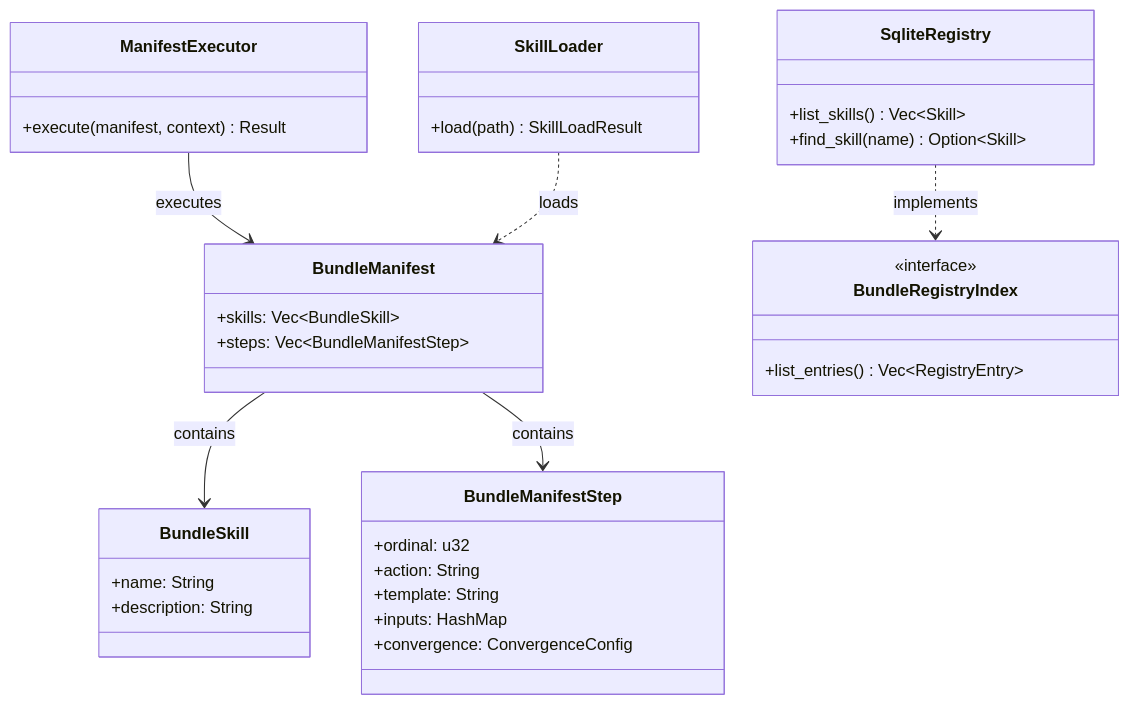
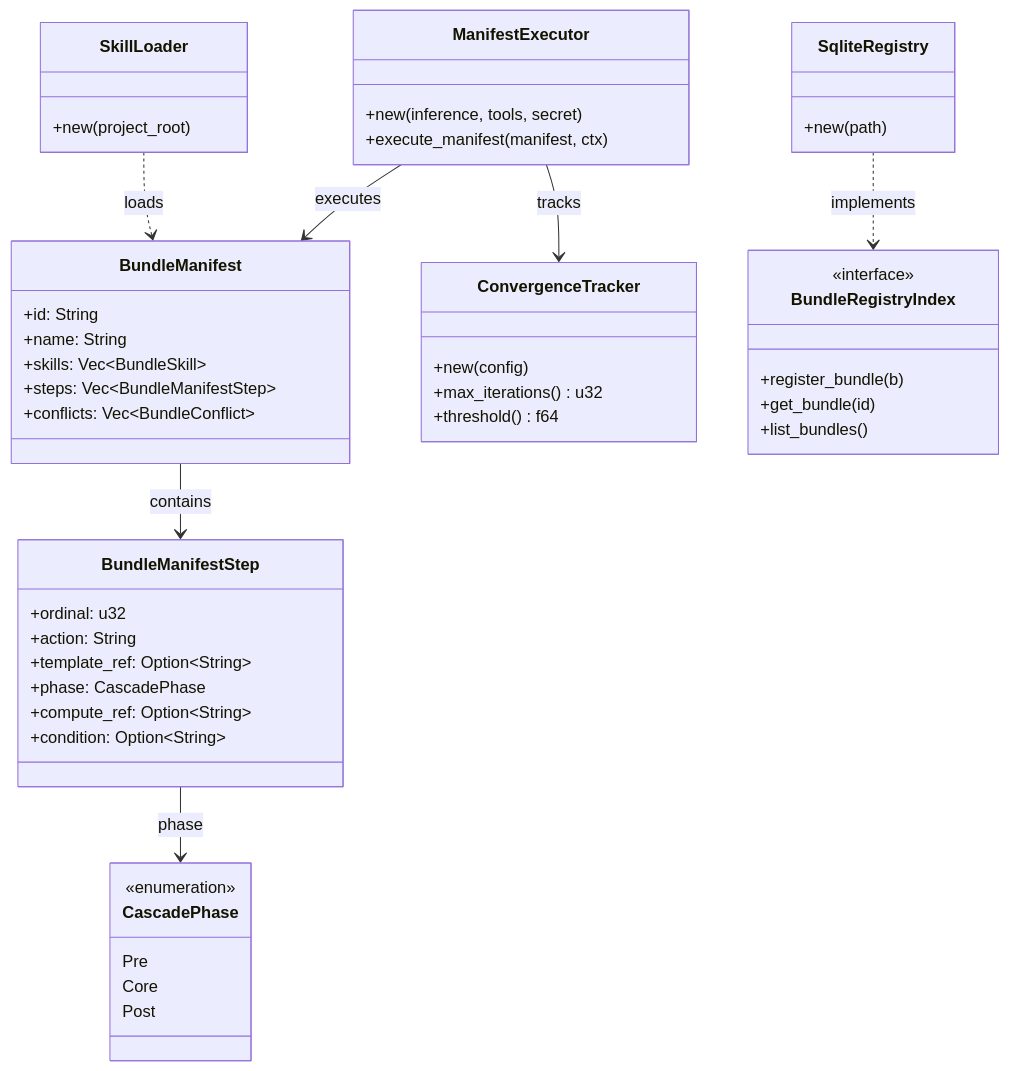
The diagram in kask/docs/diataxis/hkask-templates/reference.md (mdz-axo/zed-kask), drawn with Mermaid before and after one commit. The commit also changed other lines of this file and 33 other files, not shown here.

````diff
--- a/kask/docs/diataxis/hkask-templates/reference.md
+++ b/kask/docs/diataxis/hkask-templates/reference.md
@@ -47,38 +60,52 @@
 ```mermaid
 classDiagram
     class BundleManifest {
+        +id: String
+        +name: String
         +skills: Vec~BundleSkill~
         +steps: Vec~BundleManifestStep~
-    }
-    class BundleSkill {
-        +name: String
-        +description: String
+        +conflicts: Vec~BundleConflict~
     }
     class BundleManifestStep {
         +ordinal: u32
         +action: String
-        +template: String
-        +inputs: HashMap
-        +convergence: ConvergenceConfig
+        +template_ref: Option~String~
+        +phase: CascadePhase
+        +compute_ref: Option~String~
+        +condition: Option~String~
+    }
+    class CascadePhase {
+        <<enumeration>>
+        Pre
+        Core
+        Post
     }
     class ManifestExecutor {
-        +execute(manifest, context) Result
+        +new(inference, tools, secret)
+        +execute_manifest(manifest, ctx)
+    }
+    class ConvergenceTracker {
+        +new(config)
+        +max_iterations() u32
+        +threshold() f64
     }
     class SkillLoader {
-        +load(path) SkillLoadResult
+        +new(project_root)
     }
     class SqliteRegistry {
-        +list_skills() Vec~Skill~
-        +find_skill(name) Option~Skill~
+        +new(path)
     }
     class BundleRegistryIndex {
         <<interface>>
-        +list_entries() Vec~RegistryEntry~
+        +register_bundle(b)
+        +get_bundle(id)
+        +list_bundles()
     }
 
-    BundleManifest --> BundleSkill : contains
     BundleManifest --> BundleManifestStep : contains
+    BundleManifestStep --> CascadePhase : phase
     ManifestExecutor --> BundleManifest : executes
+    ManifestExecutor --> ConvergenceTracker : tracks
     SkillLoader ..> BundleManifest : loads
     SqliteRegistry ..> BundleRegistryIndex : implements
 ```
````
